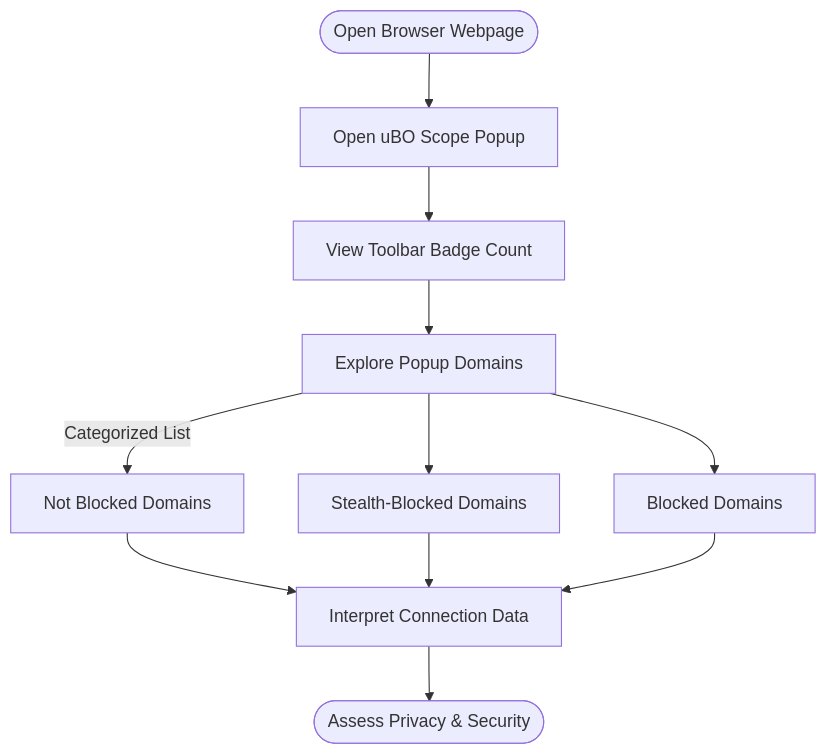
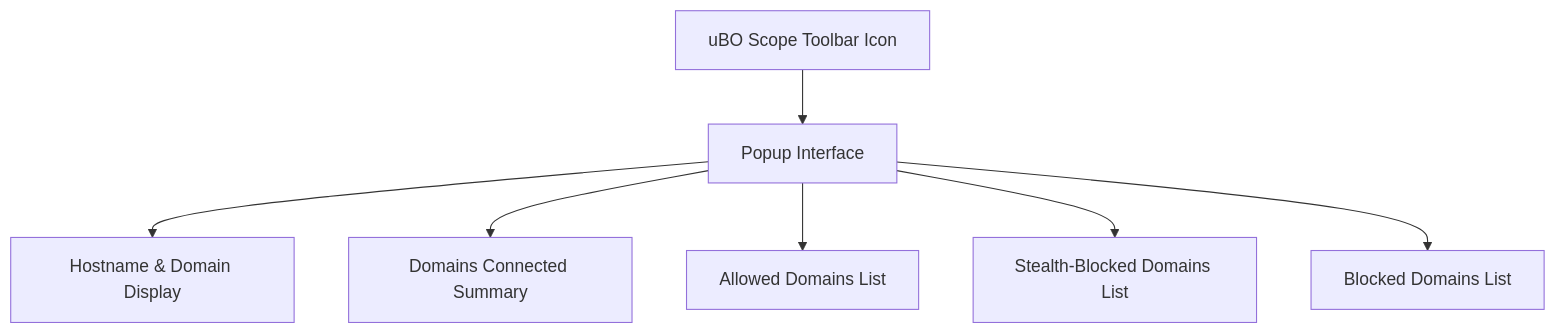
Before and after one commit to clidey/docucod-public-project-adf15a81-508f-4f0d-9083-12549e1f66a0: the diagram in guides/getting-started/first-analysis.mdx, drawn with Mermaid. The commit also changed other lines of this file and 19 other files, not shown here.

````diff
--- a/guides/getting-started/first-analysis.mdx
+++ b/guides/getting-started/first-analysis.mdx
@@ -123,11 +213,12 @@
 ```mermaid
-flowchart TD
-  Start([Open Browser Webpage]) --> ClickIcon[Open uBO Scope Popup]
-  ClickIcon --> BadgeCount[View Toolbar Badge Count]
-  BadgeCount --> PopupView[Explore Popup Domains]
-  PopupView -->|Categorized List| Allowed[Not Blocked Domains]
-  PopupView --> Stealth[Stealth-Blocked Domains]
-  PopupView --> Blocked[Blocked Domains]
-  Allowed & Stealth & Blocked --> Analyze[Interpret Connection Data]
-  Analyze --> End([Assess Privacy & Security])
+graph TD
+  A[uBO Scope Toolbar Icon]
+  B[Popup Interface]
+  B --> C[Hostname & Domain Display]
+  B --> D[Domains Connected Summary]
+  B --> E[Allowed Domains List]
+  B --> F[Stealth-Blocked Domains List]
+  B --> G[Blocked Domains List]
+
+  A --> B
 ```
````
